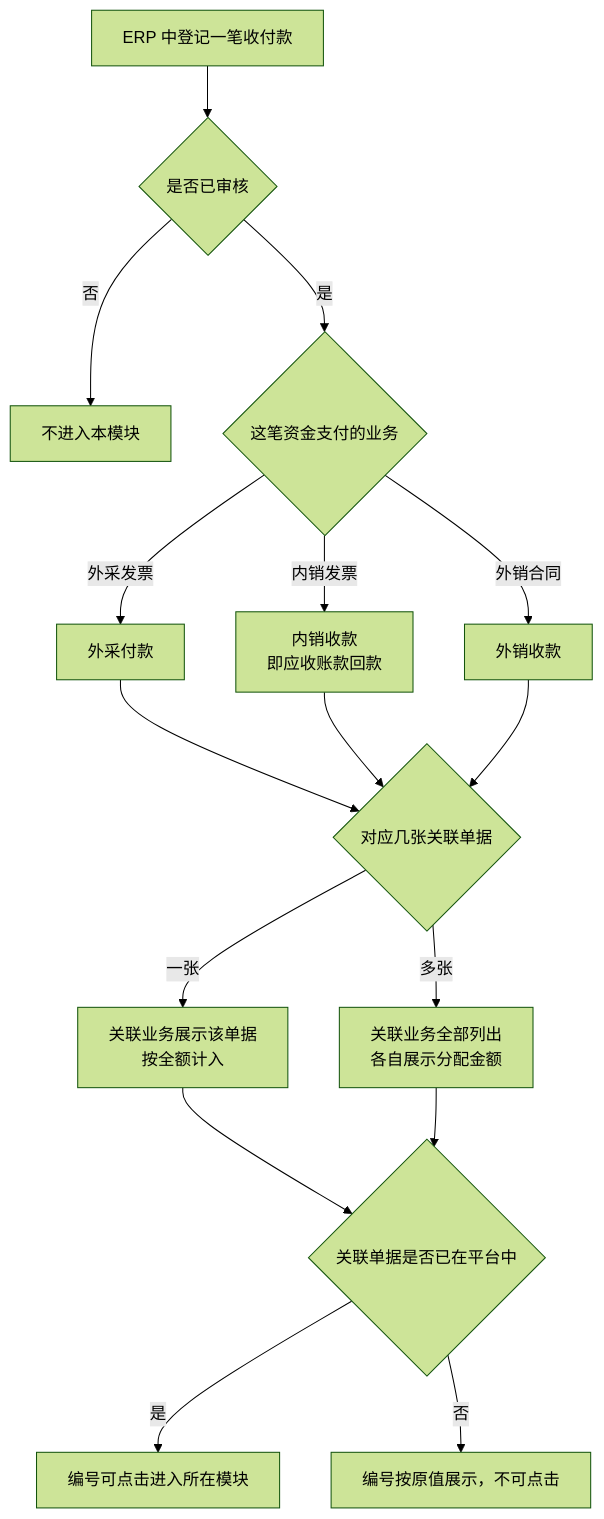
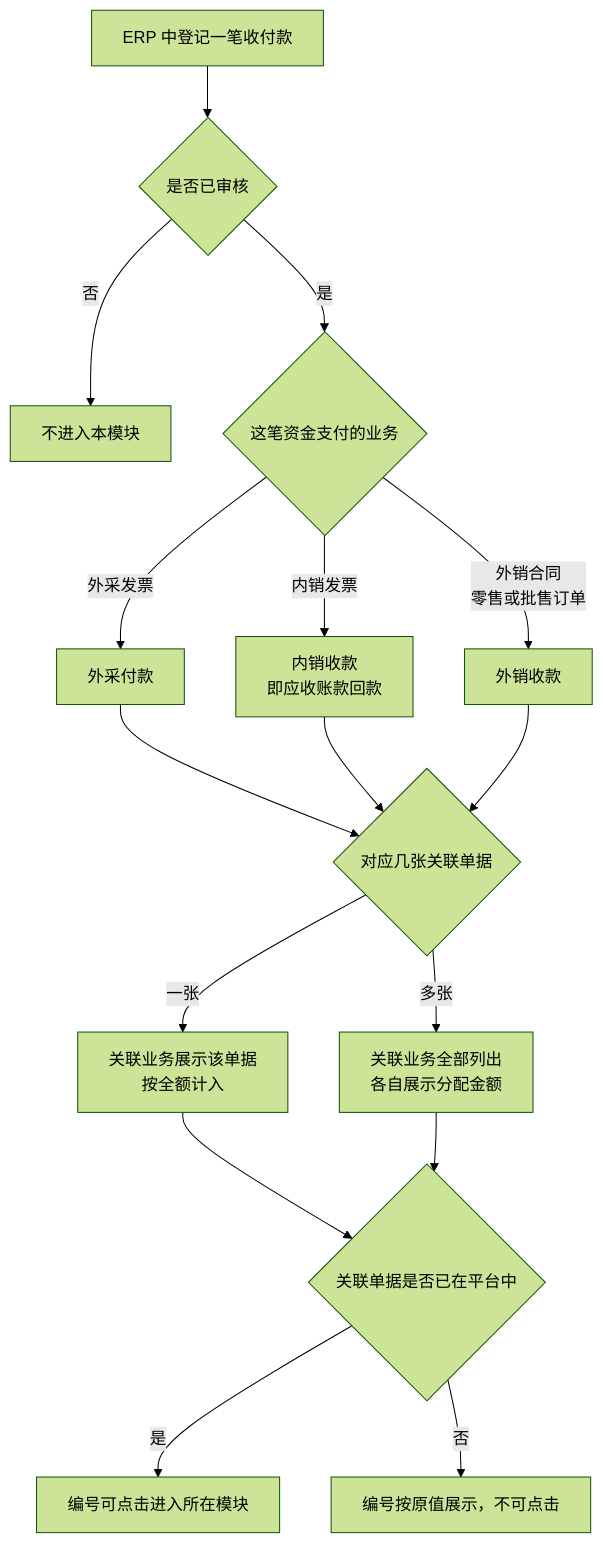
Before and after one commit to wxblockchain/Chain-Financing: the first of 3 diagrams in asset-trust-platform/PRD/运营端/M14-资金收付/02-资金收付-流程图与状态机.md, drawn with Mermaid (forest theme). The commit also changed 3 other files, not shown here.

````diff
--- a/asset-trust-platform/PRD/运营端/M14-资金收付/02-资金收付-流程图与状态机.md
+++ b/asset-trust-platform/PRD/运营端/M14-资金收付/02-资金收付-流程图与状态机.md
@@ -16,18 +16,18 @@
 ```mermaid
 flowchart TD
     A[ERP 中登记一笔收付款] --> B{是否已审核}
     B -->|否| C[不进入本模块]
     B -->|是| D{这笔资金支付的业务}
     D -->|外采发票| F[外采付款]
     D -->|内销发票| G[内销收款<br/>即应收账款回款]
-    D -->|外销合同| H[外销收款]
+    D -->|外销合同<br/>零售或批售订单| H[外销收款]
     F --> J{对应几张关联单据}
     G --> J
     H --> J
     J -->|一张| K[关联业务展示该单据<br/>按全额计入]
     J -->|多张| L[关联业务全部列出<br/>各自展示分配金额]
     K --> M{关联单据是否已在平台中}
     L --> M
     M -->|是| N[编号可点击进入所在模块]
     M -->|否| O[编号按原值展示，不可点击]
 ```
````
